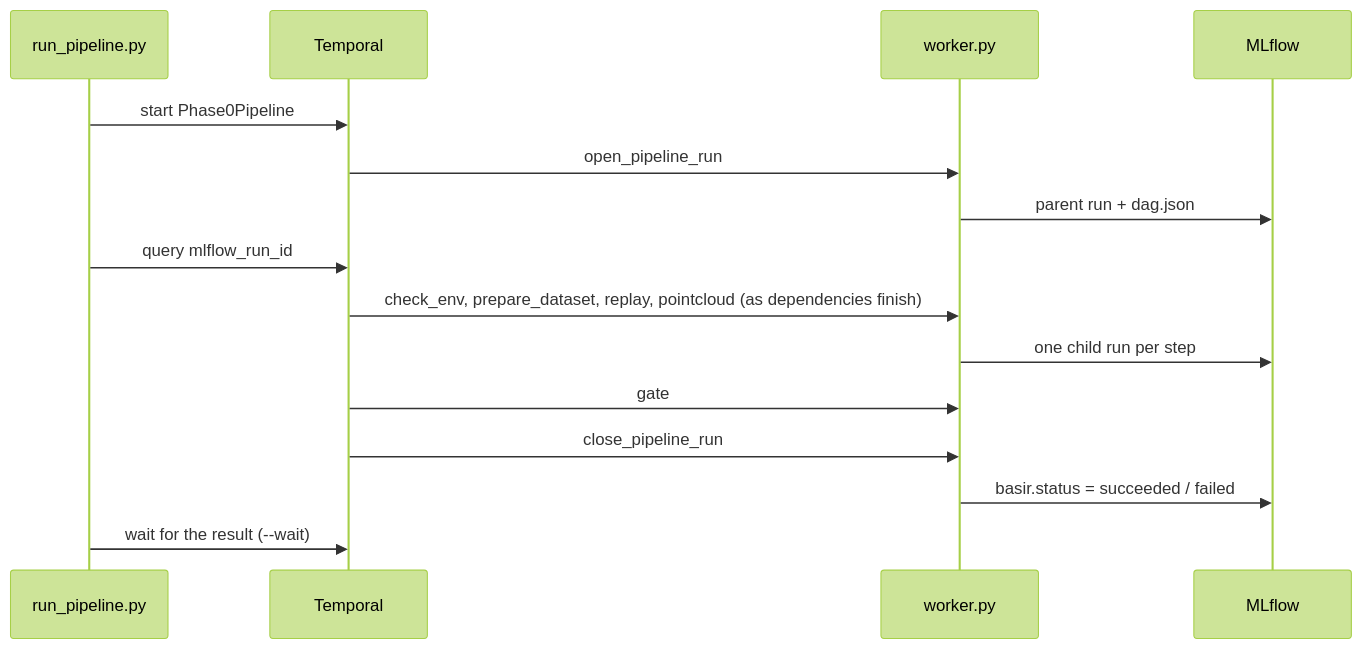
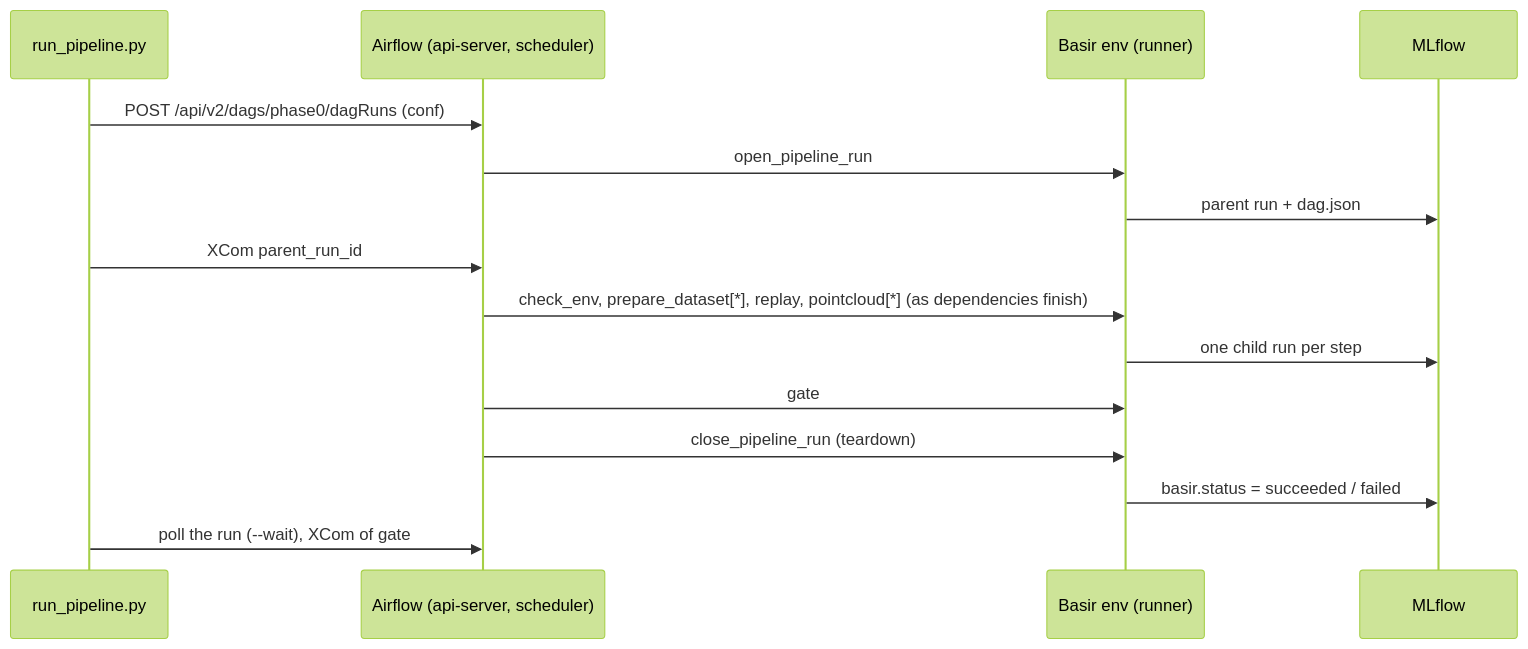
The second of 2 diagrams in docs/07-pipelines.md (omarTBakr/Basir), drawn with Mermaid (forest theme) before and after one commit. The commit also changed other lines of this file and 8 other files, not shown here.

First line of the commit message:
docs: pipelines run on Airflow

````diff
--- a/docs/07-pipelines.md
+++ b/docs/07-pipelines.md
@@ -73,17 +105,17 @@
 ```mermaid
 sequenceDiagram
   participant CLI as run_pipeline.py
-  participant T as Temporal
-  participant W as worker.py
+  participant A as Airflow (api-server, scheduler)
+  participant B as Basir env (runner)
   participant M as MLflow
-  CLI->>T: start Phase0Pipeline
-  T->>W: open_pipeline_run
-  W->>M: parent run + dag.json
-  CLI->>T: query mlflow_run_id
-  T->>W: check_env, prepare_dataset, replay, pointcloud (as dependencies finish)
-  W->>M: one child run per step
-  T->>W: gate
-  T->>W: close_pipeline_run
-  W->>M: basir.status = succeeded / failed
-  CLI->>T: wait for the result (--wait)
+  CLI->>A: POST /api/v2/dags/phase0/dagRuns (conf)
+  A->>B: open_pipeline_run
+  B->>M: parent run + dag.json
+  CLI->>A: XCom parent_run_id
+  A->>B: check_env, prepare_dataset[*], replay, pointcloud[*] (as dependencies finish)
+  B->>M: one child run per step
+  A->>B: gate
+  A->>B: close_pipeline_run (teardown)
+  B->>M: basir.status = succeeded / failed
+  CLI->>A: poll the run (--wait), XCom of gate
 ```
````
